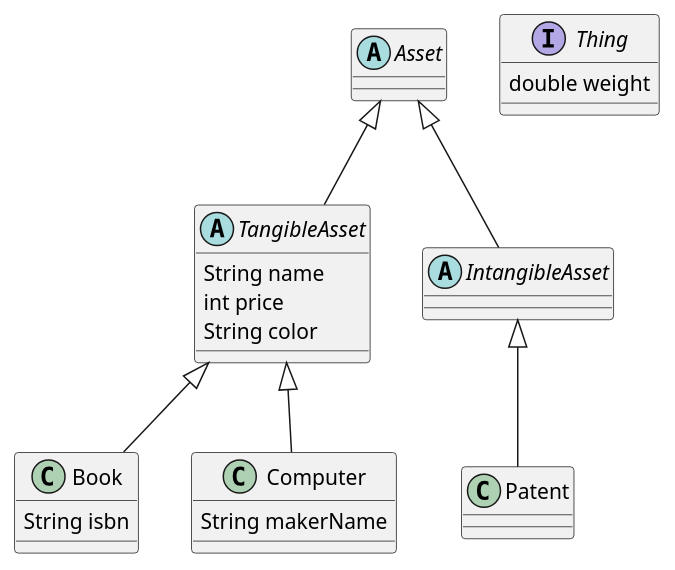
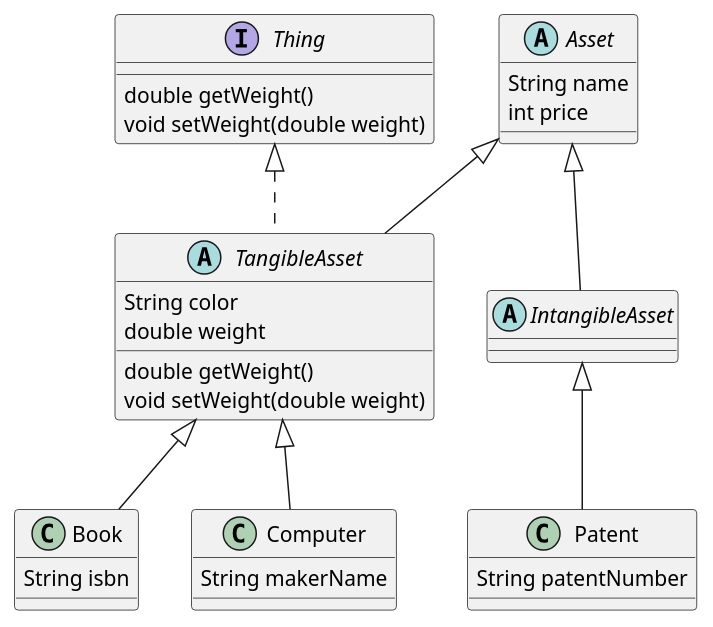
One commit to SurvivalCodingCampus/gangnam3-java-oop changed the diagram in docs/asset.puml. Above: the diagram before and after it, drawn with PlantUML.

Commit message:
docs: feat: 오버라이딩한 메서드 표현

```diff
--- a/docs/asset.puml
+++ b/docs/asset.puml
@@ -1,29 +1,36 @@
 @startuml
 
-abstract class Asset {}
-
-abstract class TangibleAsset extends Asset {
+abstract class Asset {
 String name
 int price
+}
+
+abstract class TangibleAsset extends Asset implements Thing {
 String color
+double weight
+
+double getWeight()
+void setWeight(double weight)
 }
 
 class Book extends TangibleAsset {
 String isbn
 }
 
 class Computer extends TangibleAsset {
 String makerName
 }
 
 abstract class IntangibleAsset extends Asset {
 }
 
 class Patent extends IntangibleAsset {
+String patentNumber
 }
 
 interface Thing {
-double weight
+double getWeight()
+void setWeight(double weight)
 }
 
 @enduml
```
